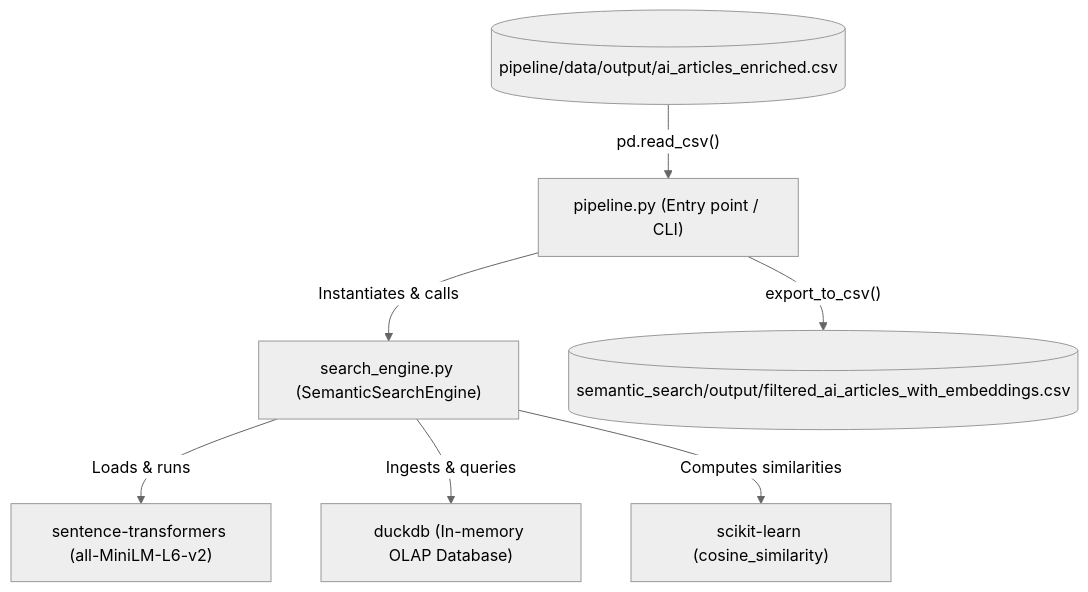
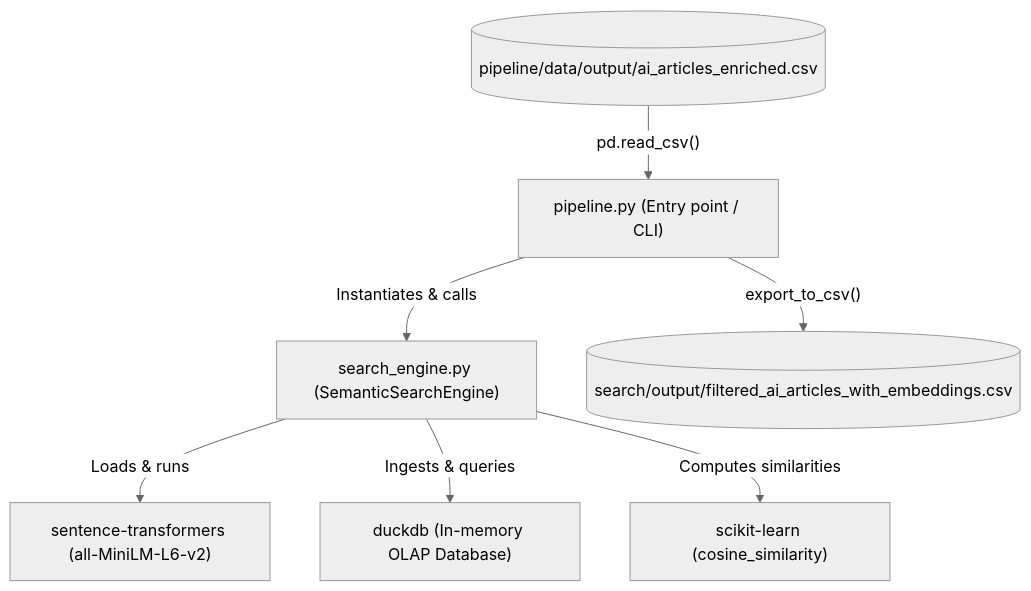
Before and after one commit to huang-pan/takehome_yd: the first of 4 diagrams in search/MERMAID.md, drawn with Mermaid (neutral theme). The commit also changed other lines of this file and 11 other files, not shown here.

````diff
--- a/search/MERMAID.md
+++ b/search/MERMAID.md
@@ -11,17 +11,17 @@
 ```mermaid
 graph TD
     CLI["pipeline.py (Entry point / CLI)"]
     ENGINE["search_engine.py (SemanticSearchEngine)"]
     MODEL["sentence-transformers (all-MiniLM-L6-v2)"]
     DB["duckdb (In-memory OLAP Database)"]
     SCIKIT["scikit-learn (cosine_similarity)"]
     CSV_IN[("pipeline/data/output/ai_articles_enriched.csv")]
-    CSV_OUT[("semantic_search/output/filtered_ai_articles_with_embeddings.csv")]
+    CSV_OUT[("search/output/filtered_ai_articles_with_embeddings.csv")]
 
     CLI -->|"Instantiates & calls"| ENGINE
     ENGINE -->|"Loads & runs"| MODEL
     ENGINE -->|"Ingests & queries"| DB
     ENGINE -->|"Computes similarities"| SCIKIT
     CSV_IN -->|"pd.read_csv()"| CLI
     CLI -->|"export_to_csv()"| CSV_OUT
 ```
````
